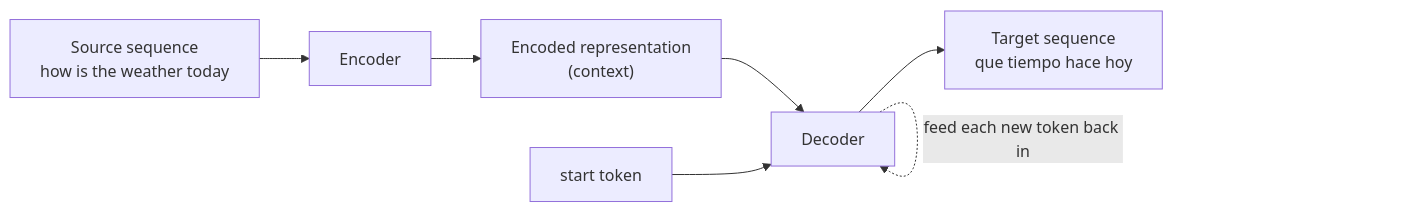
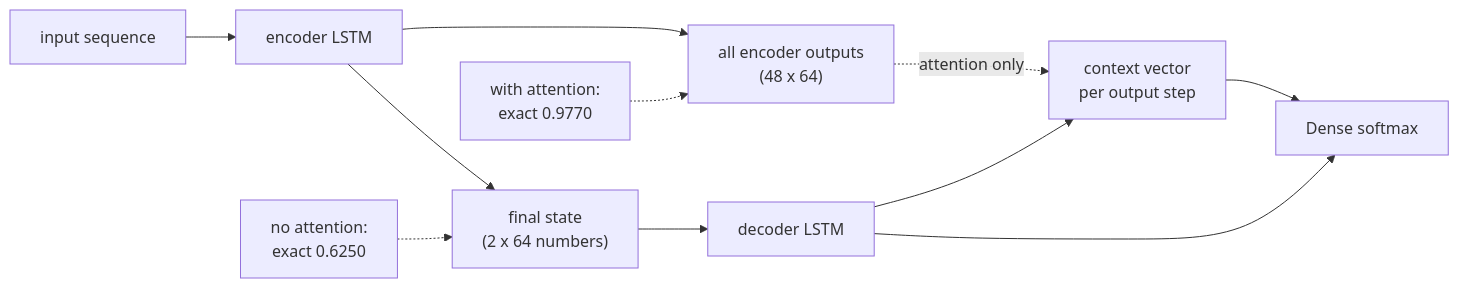
The diagram in src/content/docs/Deep Learning/Phase 05 - NLP & Transformers/Sequence-to-Sequence Learning (Machine Translation).mdx (Ravikisha/PythonCentralHub), drawn with Mermaid before and after one commit. The commit also changed other lines of this file and 626 other files, not shown here.

````diff
--- a/src/content/docs/Deep Learning/Phase 05 - NLP & Transformers/Sequence-to-Sequence Learning (Machine Translation).mdx
+++ b/src/content/docs/Deep Learning/Phase 05 - NLP & Transformers/Sequence-to-Sequence Learning (Machine Translation).mdx
@@ -33,9 +145,13 @@
-```mermaid title="The encoder-decoder pattern" desc="The encoder compresses the source sequence into a representation; the decoder uses that representation plus its own past output to generate the next token."
+```mermaid
 flowchart LR
-  A["Source sequence<br/>how is the weather today"] --> ENC["Encoder"]
-  ENC --> CTX["Encoded representation<br/>(context)"]
-  CTX --> DEC["Decoder"]
-  START["start token"] --> DEC
-  DEC --> B["Target sequence<br/>que tiempo hace hoy"]
-  DEC -.->|"feed each new token back in"| DEC
+  A["input sequence"] --> B["encoder LSTM"]
+  B --> C["final state<br/>(2 x 64 numbers)"]
+  B --> D["all encoder outputs<br/>(48 x 64)"]
+  C --> E["decoder LSTM"]
+  D -. "attention only" .-> F["context vector<br/>per output step"]
+  E --> F
+  F --> G["Dense softmax"]
+  E --> G
+  H["no attention:<br/>exact 0.6250"] -.-> C
+  I["with attention:<br/>exact 0.9770"] -.-> D
 ```
````
